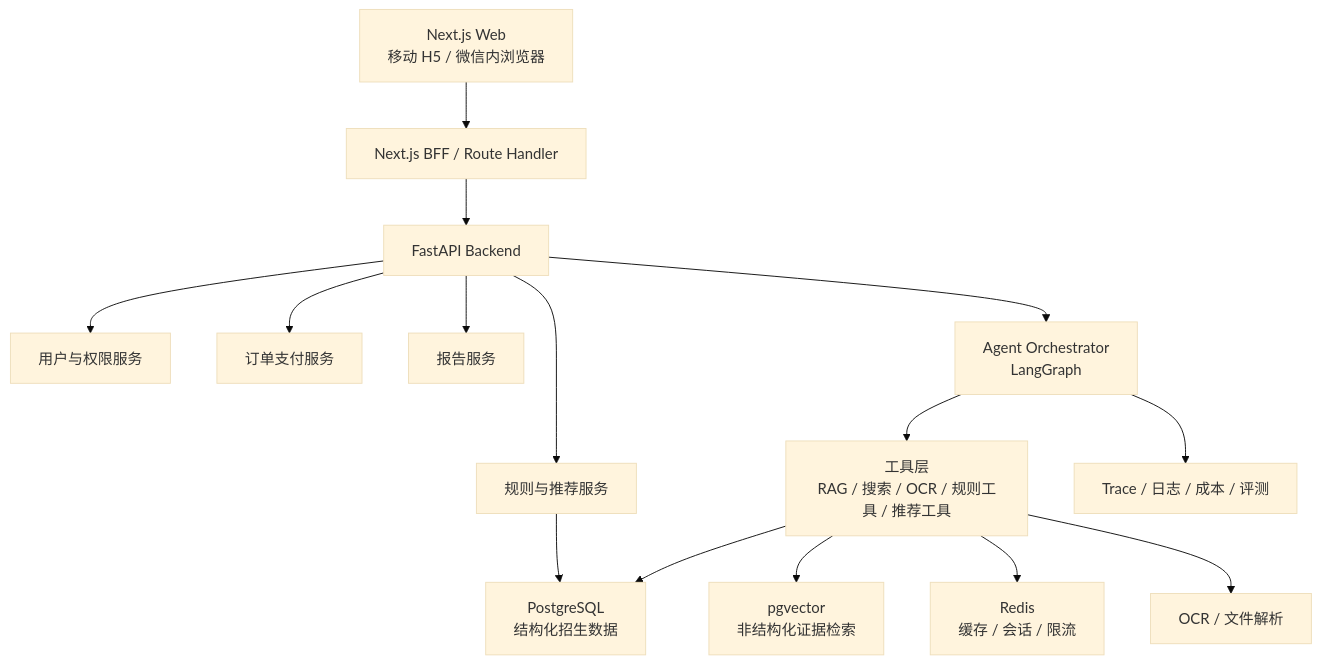
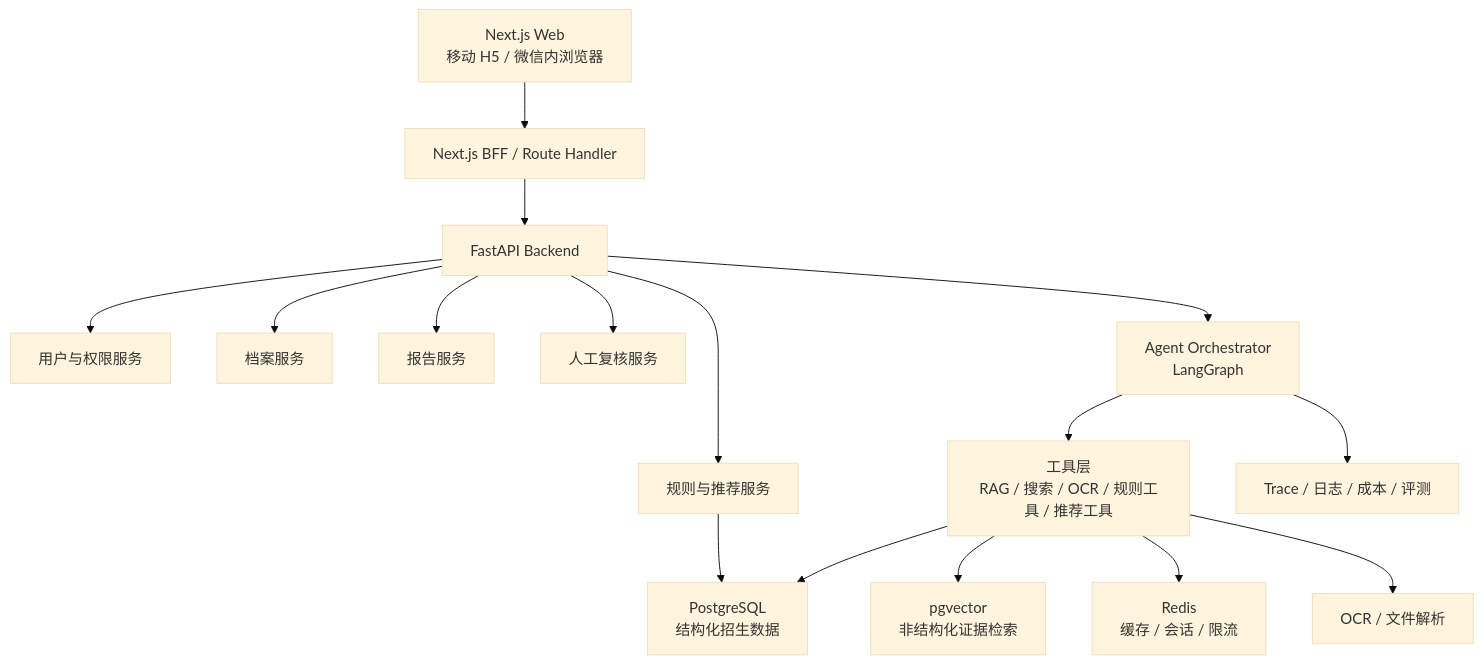
Before and after one commit to debugzhao/jin-guide: the fourth of 4 diagrams in README.md, drawn with Mermaid (base theme). The commit also changed other lines of this file and 2 other files, not shown here.

````diff
--- a/README.md
+++ b/README.md
@@ -337,17 +238,18 @@
 ```mermaid
 flowchart TD
   FE["Next.js Web<br/>移动 H5 / 微信内浏览器"] --> BFF["Next.js BFF / Route Handler"]
   BFF --> API["FastAPI Backend"]
   API --> AUTH["用户与权限服务"]
-  API --> ORDER["订单支付服务"]
+  API --> PROFILE["档案服务"]
   API --> REPORT["报告服务"]
+  API --> REVIEW["人工复核服务"]
   API --> RULE["规则与推荐服务"]
   API --> AGENT["Agent Orchestrator<br/>LangGraph"]
   RULE --> SQL["PostgreSQL<br/>结构化招生数据"]
   AGENT --> TOOLS["工具层<br/>RAG / 搜索 / OCR / 规则工具 / 推荐工具"]
   TOOLS --> SQL
   TOOLS --> VDB["pgvector<br/>非结构化证据检索"]
   TOOLS --> CACHE["Redis<br/>缓存 / 会话 / 限流"]
   TOOLS --> OCR["OCR / 文件解析"]
   AGENT --> OBS["Trace / 日志 / 成本 / 评测"]
 ```
````
